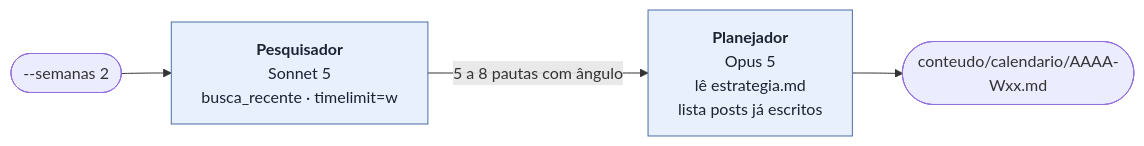
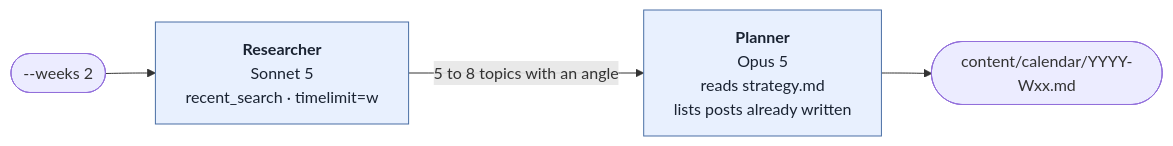
Before and after one commit to gabrantoniette/linkedin-growth-agents: the third of 4 diagrams in docs/roadmap.md, drawn with Mermaid. The commit also changed other lines of this file and 48 other files, not shown here.

````diff
--- a/docs/roadmap.md
+++ b/docs/roadmap.md
@@ -282,9 +277,9 @@
 ```mermaid
 flowchart LR
-    IN(["--semanas 2"]) --> P["<b>Pesquisador</b><br/>Sonnet 5<br/>busca_recente · timelimit=w"]
-    P -->|5 a 8 pautas com ângulo| PL["<b>Planejador</b><br/>Opus 5<br/>lê estrategia.md<br/>lista posts já escritos"]
-    PL --> OUT(["conteudo/calendario/AAAA-Wxx.md"])
+    IN(["--weeks 2"]) --> P["<b>Researcher</b><br/>Sonnet 5<br/>recent_search · timelimit=w"]
+    P -->|5 to 8 topics with an angle| PL["<b>Planner</b><br/>Opus 5<br/>reads strategy.md<br/>lists posts already written"]
+    PL --> OUT(["content/calendar/YYYY-Wxx.md"])
 
     classDef ag fill:#e8f0fe,stroke:#4a6fa5,color:#1a2332
     class P,PL ag
 ```
````
